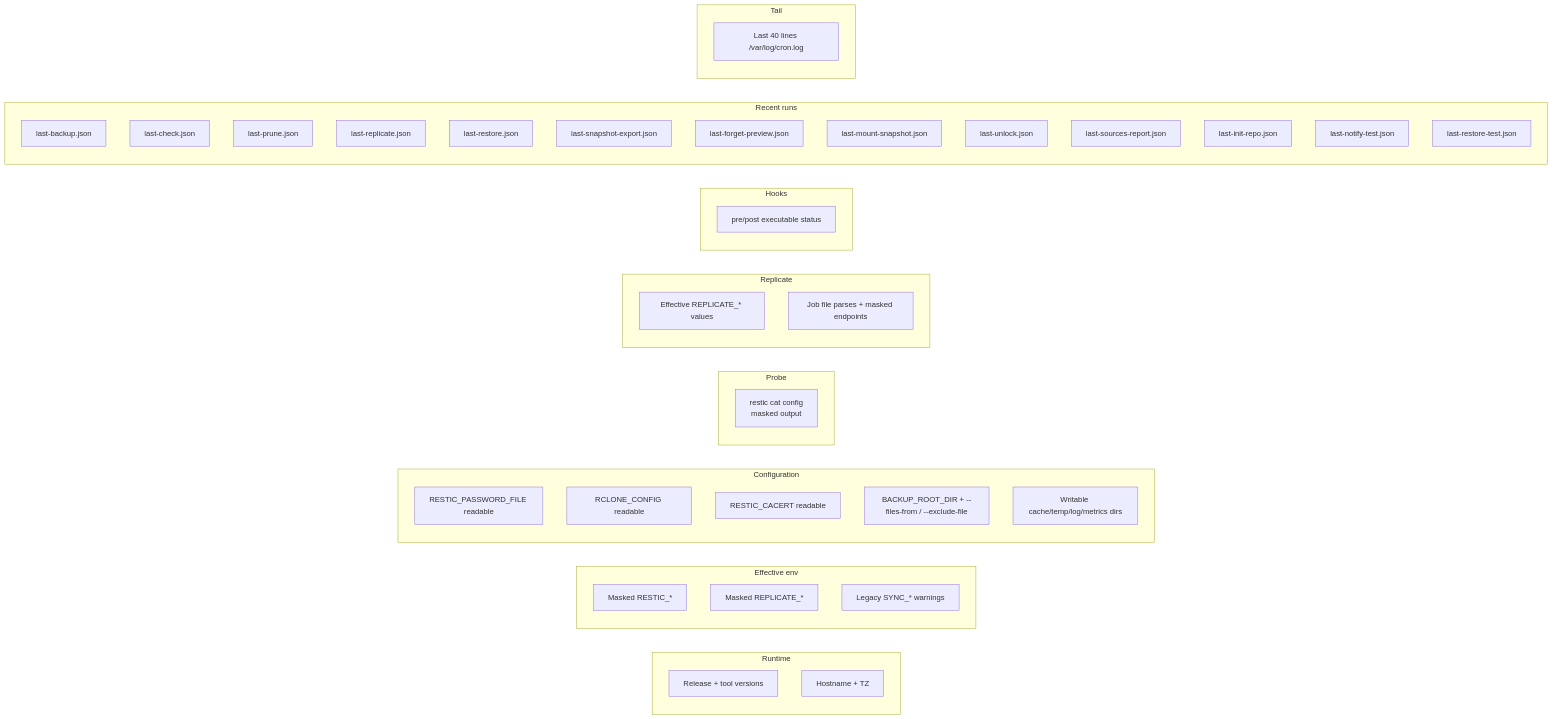
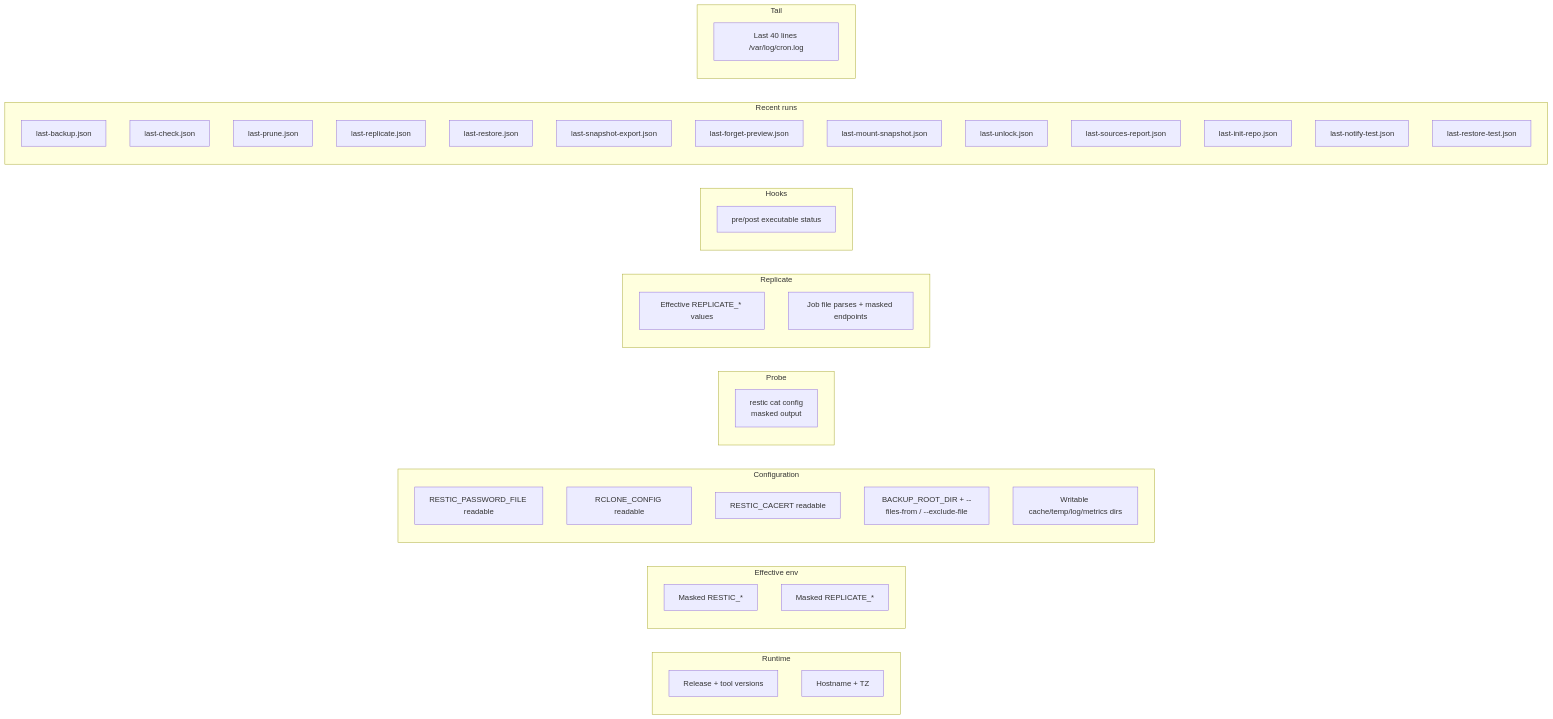
The diagram in docs/operations/diagnostics.md (marc0janssen/restic-backup-helper), drawn with Mermaid before and after one commit. The commit also changed other lines of this file and 36 other files, not shown here.

First line of the commit message:
Release 3.1.0: Helm chart and 3.0 replicate cleanup

````diff
--- a/docs/operations/diagnostics.md
+++ b/docs/operations/diagnostics.md
@@ -22,47 +22,46 @@
 ```mermaid
 flowchart LR
     subgraph Runtime
         R1[Release + tool versions]
         R2[Hostname + TZ]
     end
     subgraph Effective env
         E1[Masked RESTIC_*]
         E2[Masked REPLICATE_*]
-        E3[Legacy SYNC_* warnings]
     end
     subgraph Configuration
         C1[RESTIC_PASSWORD_FILE readable]
         C2[RCLONE_CONFIG readable]
         C3[RESTIC_CACERT readable]
         C4[BACKUP_ROOT_DIR + --files-from / --exclude-file]
         C5[Writable cache/temp/log/metrics dirs]
     end
     subgraph Probe
         P1[restic cat config<br/>masked output]
     end
     subgraph Replicate
         L1[Effective REPLICATE_* values]
         L2[Job file parses + masked endpoints]
     end
     subgraph Hooks
         H1[pre/post executable status]
     end
     subgraph Recent runs
         J1[last-backup.json]
         J2[last-check.json]
         J3[last-prune.json]
         J4[last-replicate.json]
         J5[last-restore.json]
         J6[last-snapshot-export.json]
         J7[last-forget-preview.json]
         J8[last-mount-snapshot.json]
         J9[last-unlock.json]
         J10[last-sources-report.json]
         J11[last-init-repo.json]
         J12[last-notify-test.json]
         J13[last-restore-test.json]
     end
     subgraph Tail
         T1[Last 40 lines /var/log/cron.log]
     end
 ```
````
